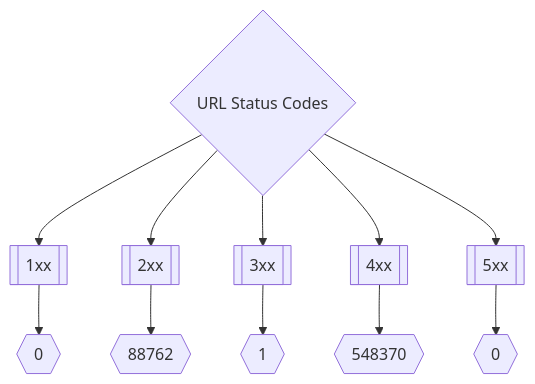
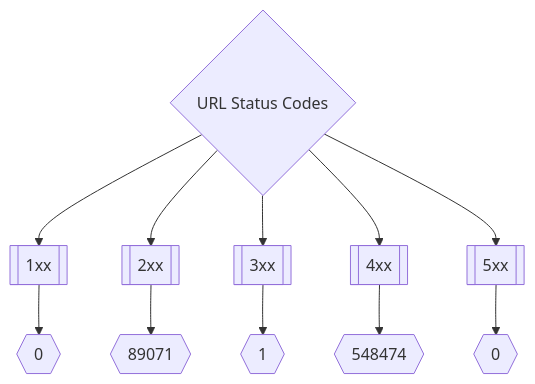
Before and after one commit to trickest/inventory: the second of 3 diagrams in README.md, drawn with Mermaid. The commit also changed other lines of this file, not shown here.

Commit message:
Update README.md Sun Jun 19 21:59:49 UTC 2022

````diff
--- a/README.md
+++ b/README.md
@@ -173,8 +173,8 @@
 ```mermaid
 graph TD
 title{URL Status Codes} --> 1xx[[1xx]] --> status1xxNum{{0}}
-title --> 2xx[[2xx]] --> status2xxNum{{88762}}
+title --> 2xx[[2xx]] --> status2xxNum{{89071}}
 title --> 3xx[[3xx]] --> status3xxNum{{1}}
-title --> 4xx[[4xx]] --> status4xxNum{{548370}}
+title --> 4xx[[4xx]] --> status4xxNum{{548474}}
 title --> 5xx[[5xx]] --> status5xxNum{{0}}
 ```
````
